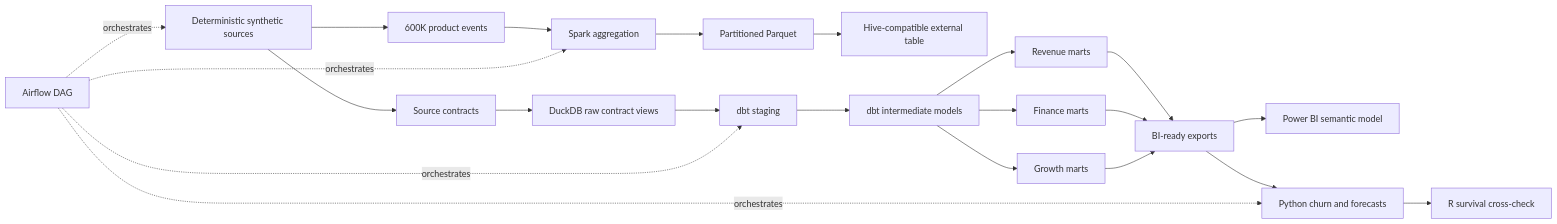
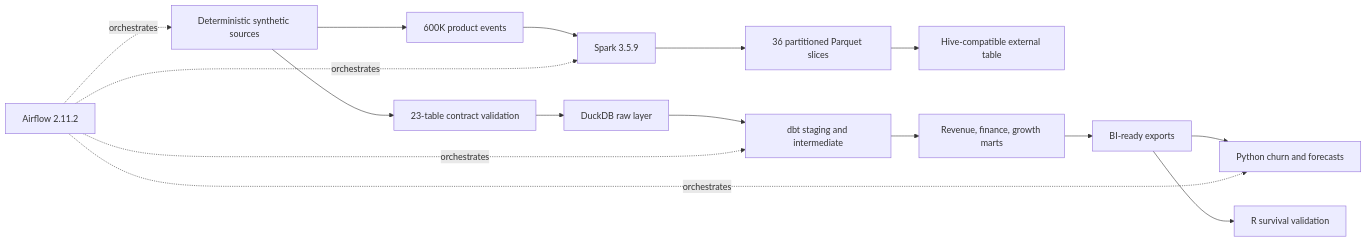
Before and after one commit to VijayChamakuri/subscription-revenue-intelligence: the diagram in README.md, drawn with Mermaid. The commit also changed other lines of this file and 18 other files, not shown here.

````diff
--- a/README.md
+++ b/README.md
@@ -55,24 +11,18 @@
 ```mermaid
 flowchart LR
-    A[Deterministic synthetic sources] --> B[Source contracts]
+    A[Deterministic synthetic sources] --> B[23-table contract validation]
     A --> C[600K product events]
-    C --> D[Spark aggregation]
-    D --> E[Partitioned Parquet]
+    C --> D[Spark 3.5.9]
+    D --> E[36 partitioned Parquet slices]
     E --> F[Hive-compatible external table]
-    B --> G[DuckDB raw contract views]
-    G --> H[dbt staging]
-    H --> I[dbt intermediate models]
-    I --> J[Revenue marts]
-    I --> K[Finance marts]
-    I --> L[Growth marts]
-    J --> M[BI-ready exports]
-    K --> M
-    L --> M
-    M --> N[Power BI semantic model]
-    M --> O[Python churn and forecasts]
-    O --> P[R survival cross-check]
-    Q[Airflow DAG] -. orchestrates .-> A
-    Q -. orchestrates .-> D
-    Q -. orchestrates .-> H
-    Q -. orchestrates .-> O
+    B --> G[DuckDB raw layer]
+    G --> H[dbt staging and intermediate]
+    H --> I[Revenue, finance, growth marts]
+    I --> J[BI-ready exports]
+    J --> K[Python churn and forecasts]
+    J --> L[R survival validation]
+    M[Airflow 2.11.2] -. orchestrates .-> A
+    M -. orchestrates .-> D
+    M -. orchestrates .-> H
+    M -. orchestrates .-> K
 ```
````
